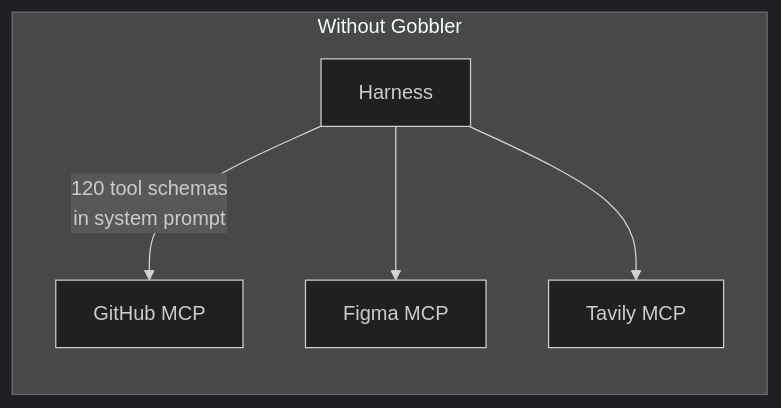
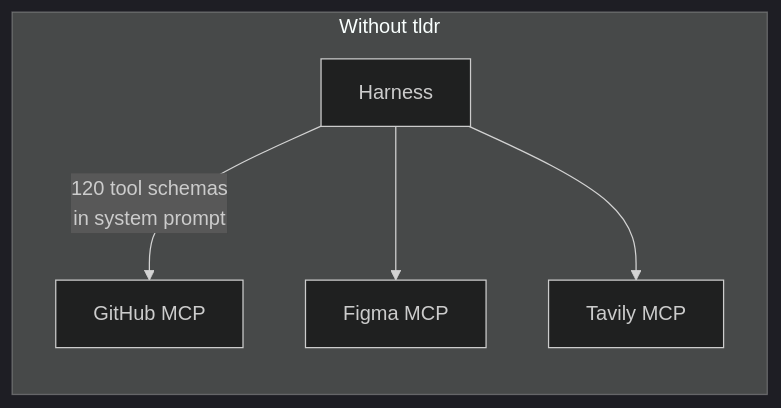
Before and after one commit to robinojw/tldr: the first of 6 diagrams in README.md, drawn with Mermaid (dark theme). The commit also changed other lines of this file and 29 other files, not shown here.

First line of the commit message:
Rename project from gobbler to tldr

````diff
--- a/README.md
+++ b/README.md
@@ -15,8 +15,8 @@
 ```mermaid
 graph LR
-    subgraph "Without Gobbler"
+    subgraph "Without tldr"
         H1[Harness] -->|"120 tool schemas<br/>in system prompt"| S1[GitHub MCP]
         H1 --> S2[Figma MCP]
         H1 --> S3[Tavily MCP]
     end
 ```
````
